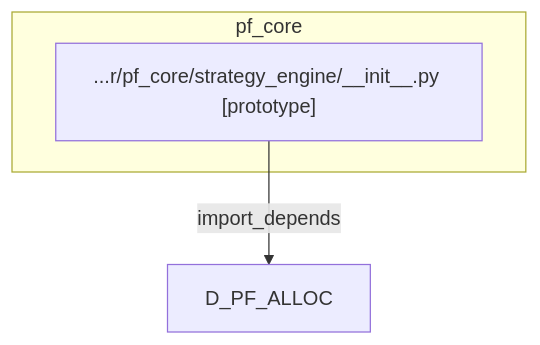
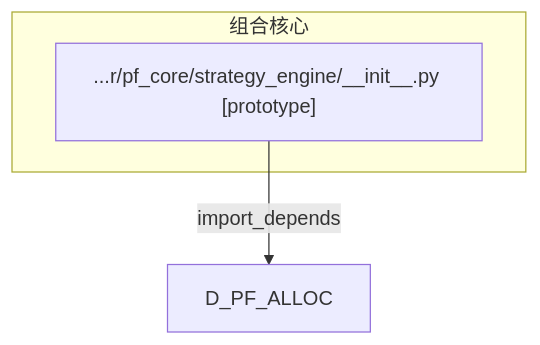
The diagram in docs/02_enterprise_architecture/generated/domains/d_pf_core_dependency.mmd (xuanFelixVan/ZephyrAlpha), drawn with Mermaid before and after one commit. The commit also changed 125 other files, not shown here.

```diff
--- a/docs/02_enterprise_architecture/generated/domains/d_pf_core_dependency.mmd
+++ b/docs/02_enterprise_architecture/generated/domains/d_pf_core_dependency.mmd
@@ -1,24 +1,24 @@
 %% D_PF_CORE 域全景依赖图
-%% 生成时间: 2026-07-19 04:15:27
+%% 生成时间: 2026-07-19 04:19:11
 %% 数据源: depgraph (PostgreSQL) nodes表 + edges表
 %% 模块数: 1, 依赖边数: 1
 
 graph TD
 
     %% 域内模块（最多显示 100 个）
-    subgraph D_PF_CORE[pf_core]
+    subgraph D_PF_CORE[组合核心]
         src_zephyr_pf_core_strategy_engine___init___py["...r/pf_core/strategy_engine/__init__.py [prototype]"]
     end
 
     %% 域内依赖（最多显示 80 条）
 
     %% 跨域依赖（入）- 最多显示 30 条
 
     %% 跨域依赖（出）- 最多显示 30 条
     %% D_PF_CORE -> D_PF_ALLOC (1 条)
     src_zephyr_pf_core_strategy_engine___init___py -->|import_depends| D_PF_ALLOC[D_PF_ALLOC]
 
     %% 统计
     %% 域内依赖: 0 条
     %% 跨域入边: 0 条
     %% 跨域出边: 1 条
```
